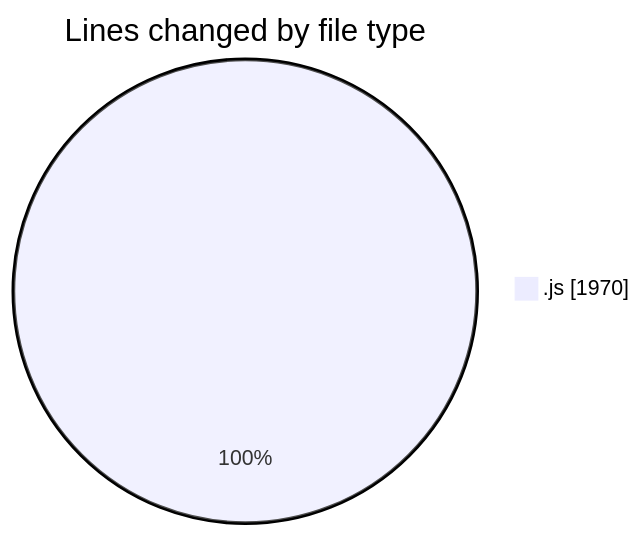
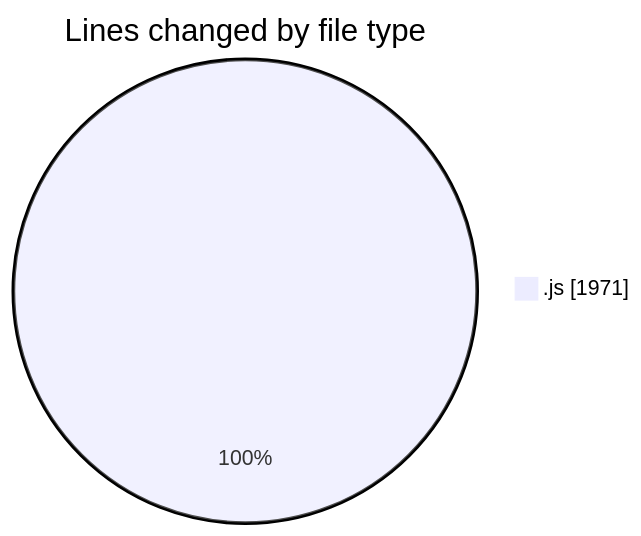
One commit to nxtqubesakshisongat/code-tracking changed the first of 2 diagrams in 2025-11-04/nxtqube_webapp/README.md. Above: the diagram before and after it, drawn with Mermaid. The commit also changed other lines of this file and 1 other file, not shown here.

````diff
--- a/2025-11-04/nxtqube_webapp/README.md
+++ b/2025-11-04/nxtqube_webapp/README.md
@@ -25,5 +25,5 @@
 ```mermaid
 pie showData
 title Lines changed by file type
-".js" : 1970
+".js" : 1971
 ```
````
